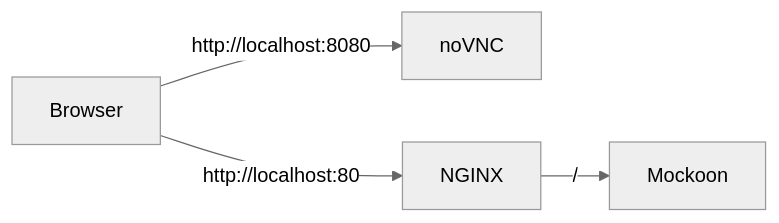
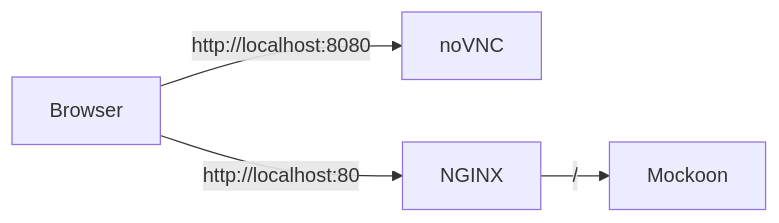
Before and after one commit to lasuillard-s/mockoon-novnc: the diagram in README.md, drawn with Mermaid. The commit also changed other lines of this file and 1 other file, not shown here.

````diff
--- a/README.md
+++ b/README.md
@@ -33,15 +33,11 @@
 ```mermaid
----
-config:
-  theme: neutral
----
 graph LR
   browser[Browser]
   mockoon[Mockoon]
   novnc[noVNC]
   nginx[NGINX]
 
   browser -->|http://localhost:80| nginx
   browser -->|http://localhost:8080| novnc
   nginx -->|/| mockoon
 ```
````
